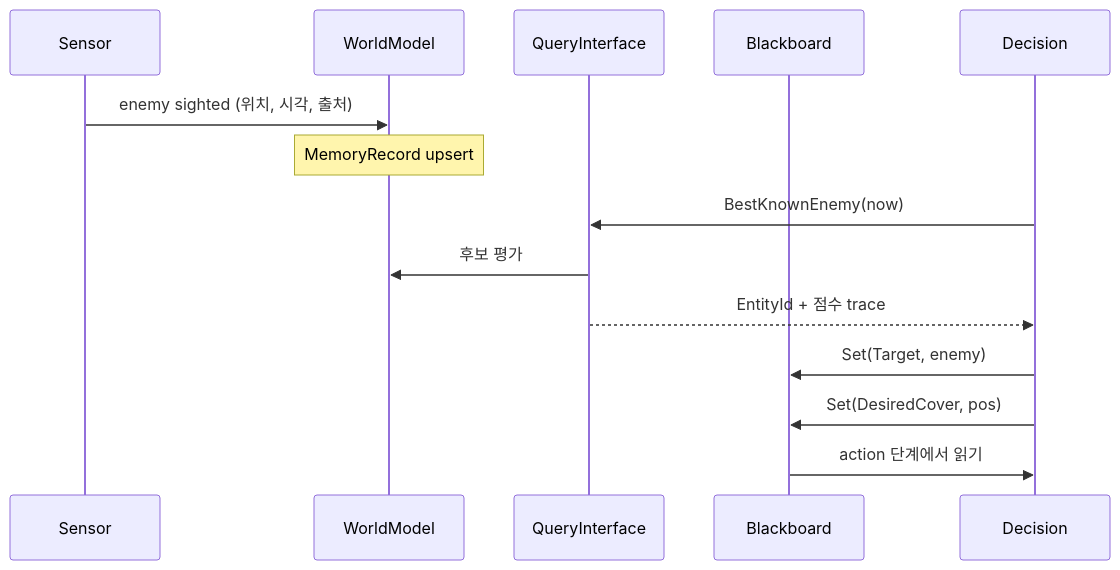
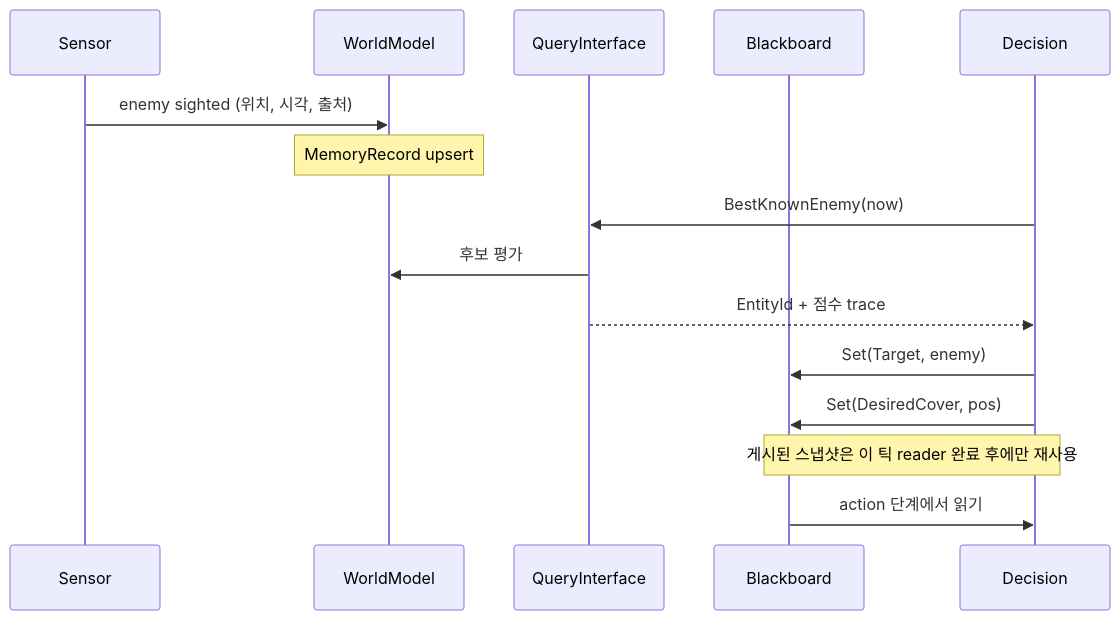
One commit to Rein-ArXiv/game-dev-curriculum changed the second of 3 diagrams in ai/part24_blackboard_world_model.md. Above: the diagram before and after it, drawn with Mermaid. The commit also changed other lines of this file and 279 other files, not shown here.

````diff
--- a/ai/part24_blackboard_world_model.md
+++ b/ai/part24_blackboard_world_model.md
@@ -69,16 +69,17 @@
 ```mermaid
 sequenceDiagram
     participant S as Sensor
     participant M as WorldModel
     participant Q as QueryInterface
     participant B as Blackboard
     participant D as Decision
     S->>M: enemy sighted (위치, 시각, 출처)
     Note over M: MemoryRecord upsert
     D->>Q: BestKnownEnemy(now)
     Q->>M: 후보 평가
     Q-->>D: EntityId + 점수 trace
     D->>B: Set(Target, enemy)
     D->>B: Set(DesiredCover, pos)
+    Note over B,D: 게시된 스냅샷은 이 틱 reader 완료 후에만 재사용
     B->>D: action 단계에서 읽기
 ```
````
